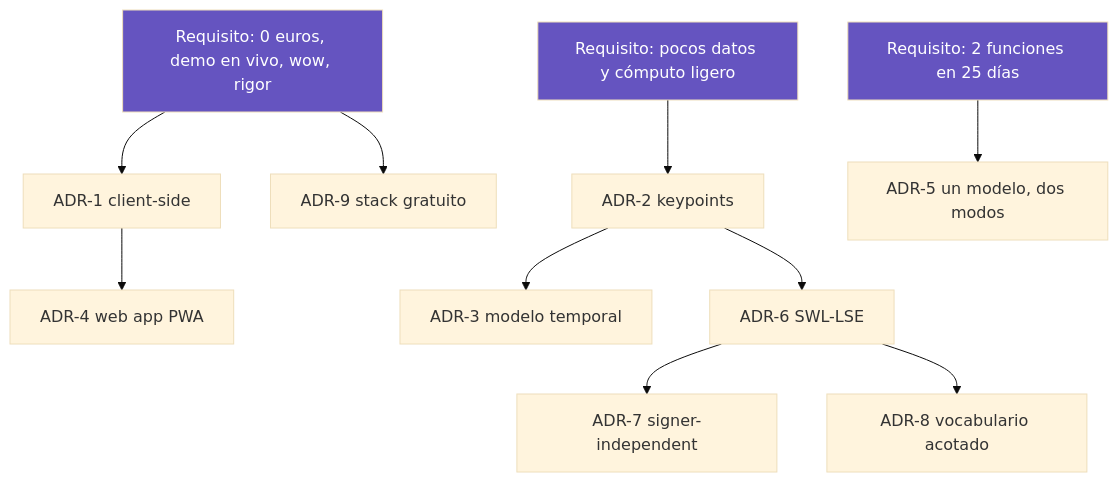
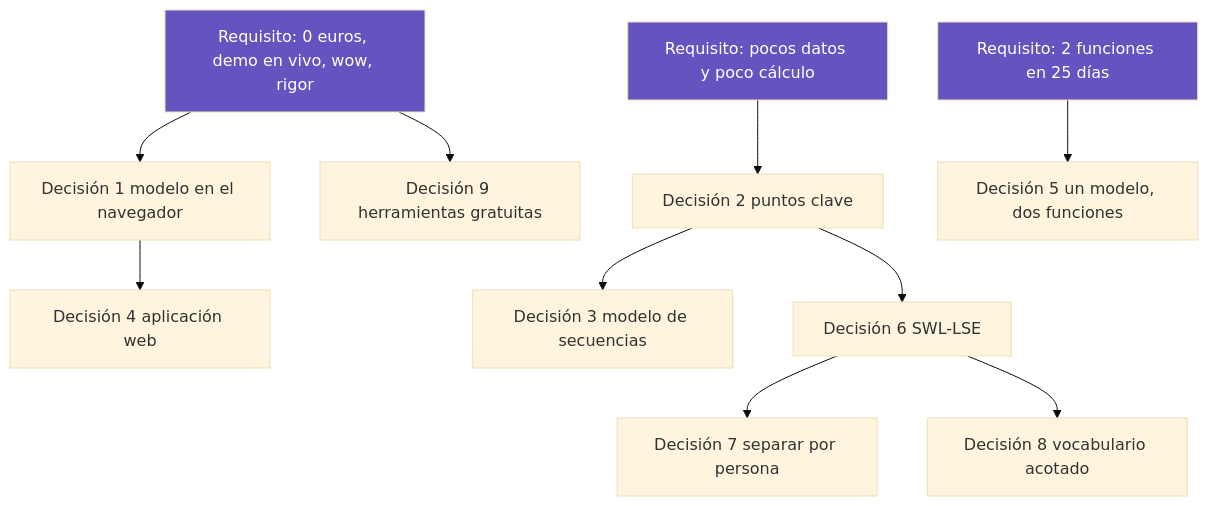
Before and after one commit to danielgs29/reconocedor-lse: the third of 3 diagrams in ARQUITECTURA.md, drawn with Mermaid (base theme). The commit also changed other lines of this file and 2 other files, not shown here.

````diff
--- a/ARQUITECTURA.md
+++ b/ARQUITECTURA.md
@@ -268,16 +254,16 @@
 ```mermaid
 flowchart TD
-    R["Requisito: 0 euros, demo en vivo, wow, rigor"] --> A1["ADR-1 client-side"]
-    R --> A9["ADR-9 stack gratuito"]
-    A1 --> A4["ADR-4 web app PWA"]
-    D["Requisito: pocos datos y cómputo ligero"] --> A2["ADR-2 keypoints"]
-    A2 --> A3["ADR-3 modelo temporal"]
-    A2 --> A6["ADR-6 SWL-LSE"]
-    A6 --> A7["ADR-7 signer-independent"]
-    A6 --> A8["ADR-8 vocabulario acotado"]
-    F["Requisito: 2 funciones en 25 días"] --> A5["ADR-5 un modelo, dos modos"]
+    R["Requisito: 0 euros, demo en vivo, wow, rigor"] --> A1["Decisión 1 modelo en el navegador"]
+    R --> A9["Decisión 9 herramientas gratuitas"]
+    A1 --> A4["Decisión 4 aplicación web"]
+    D["Requisito: pocos datos y poco cálculo"] --> A2["Decisión 2 puntos clave"]
+    A2 --> A3["Decisión 3 modelo de secuencias"]
+    A2 --> A6["Decisión 6 SWL-LSE"]
+    A6 --> A7["Decisión 7 separar por persona"]
+    A6 --> A8["Decisión 8 vocabulario acotado"]
+    F["Requisito: 2 funciones en 25 días"] --> A5["Decisión 5 un modelo, dos funciones"]
 
     style R fill:#6554C0,color:#fff
     style D fill:#6554C0,color:#fff
     style F fill:#6554C0,color:#fff
 ```
````
